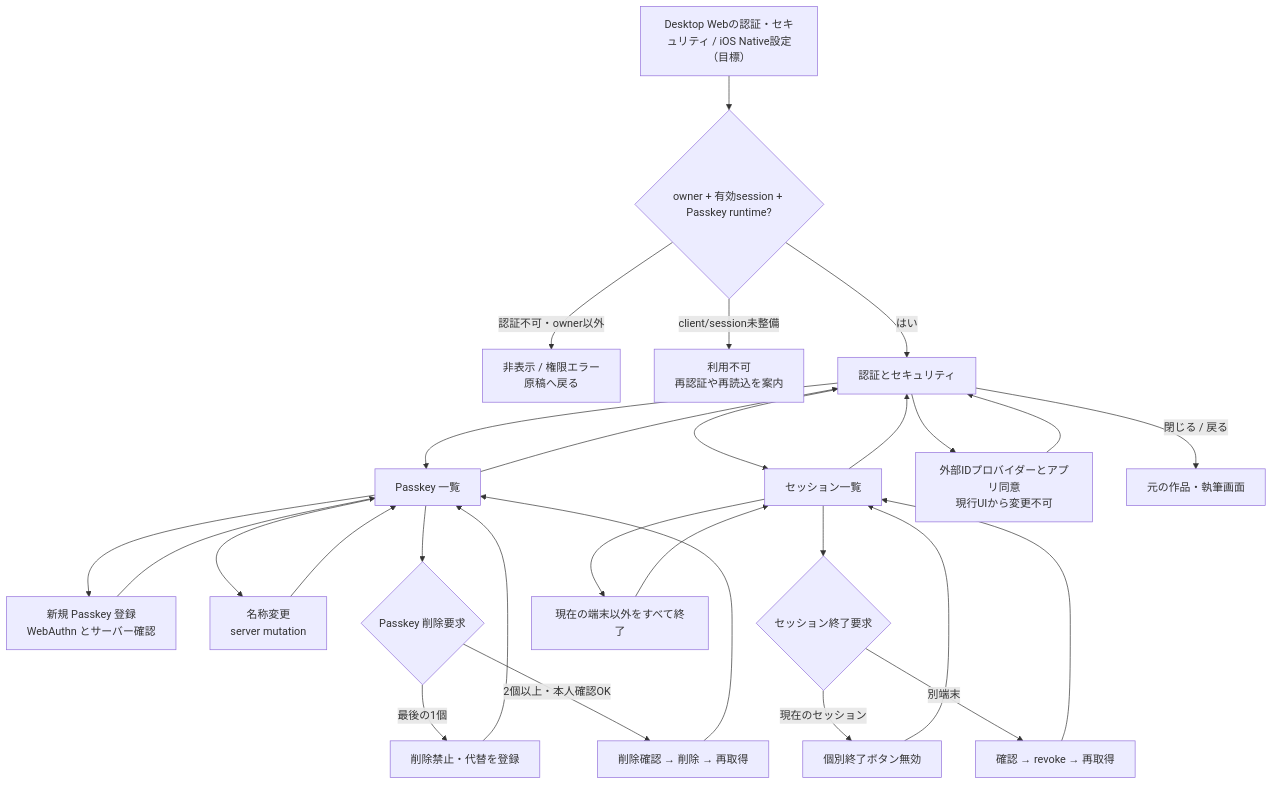
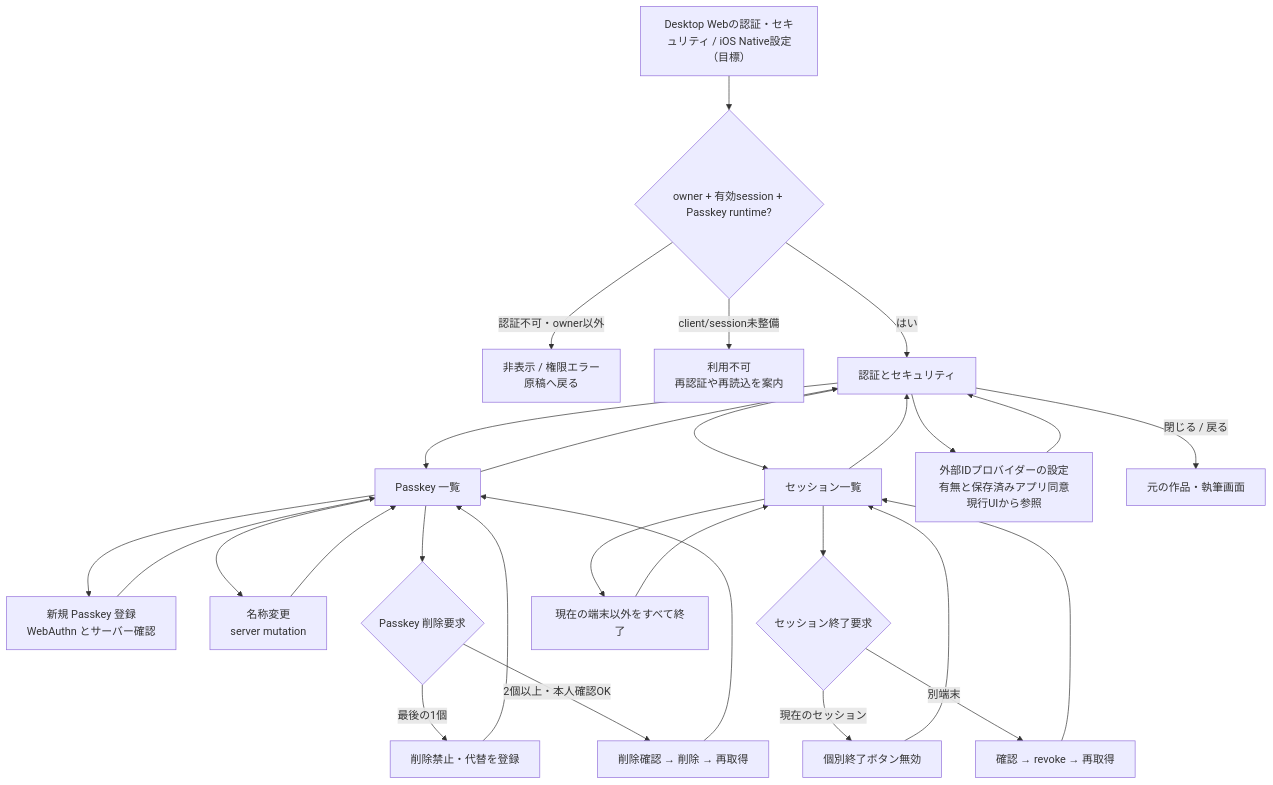
One commit to yohn-jp/codexia changed the first of 6 diagrams in docs/design/ADMIN-SCREEN-FLOW.md. Above: the diagram before and after it, drawn with Mermaid. The commit also changed other lines of this file and 7 other files, not shown here.

````diff
--- a/docs/design/ADMIN-SCREEN-FLOW.md
+++ b/docs/design/ADMIN-SCREEN-FLOW.md
@@ -16,30 +16,30 @@
 ```mermaid
 flowchart TD
     ENTRY["Desktop Webの認証・セキュリティ / iOS Native設定（目標）"] --> GATE{"owner + 有効session + Passkey runtime?"}
     GATE -->|認証不可・owner以外| DENY["非表示 / 権限エラー<br/>原稿へ戻る"]
     GATE -->|client/session未整備| UNAVAILABLE["利用不可<br/>再認証や再読込を案内"]
     GATE -->|はい| HOME["認証とセキュリティ"]
     HOME --> PASS["Passkey 一覧"]
     HOME --> SESS["セッション一覧"]
-    HOME --> STAGED["外部IDプロバイダーとアプリ同意<br/>現行UIから変更不可"]
+    HOME --> STAGED["外部IDプロバイダーの設定有無と保存済みアプリ同意<br/>現行UIから参照"]
     PASS --> ADD["新規 Passkey 登録<br/>WebAuthn とサーバー確認"]
     PASS --> RENAME["名称変更<br/>server mutation"]
     PASS --> DELETE{"Passkey 削除要求"}
     DELETE -->|最後の1個| DENY_DELETE["削除禁止・代替を登録"]
     DELETE -->|2個以上・本人確認OK| CONF_DELETE["削除確認 → 削除 → 再取得"]
     ADD --> PASS
     RENAME --> PASS
     CONF_DELETE --> PASS
     DENY_DELETE --> PASS
     SESS --> REVOKE{"セッション終了要求"}
     REVOKE -->|現在のセッション| DENY_SESS["個別終了ボタン無効"]
     REVOKE -->|別端末| CONF_SESS["確認 → revoke → 再取得"]
     SESS --> REVOKE_ALL["現在の端末以外をすべて終了"]
     REVOKE_ALL --> SESS
     DENY_SESS --> SESS
     CONF_SESS --> SESS
     PASS --> HOME
     SESS --> HOME
     STAGED --> HOME
     HOME -->|閉じる / 戻る| RETURN["元の作品・執筆画面"]
 ```
````
